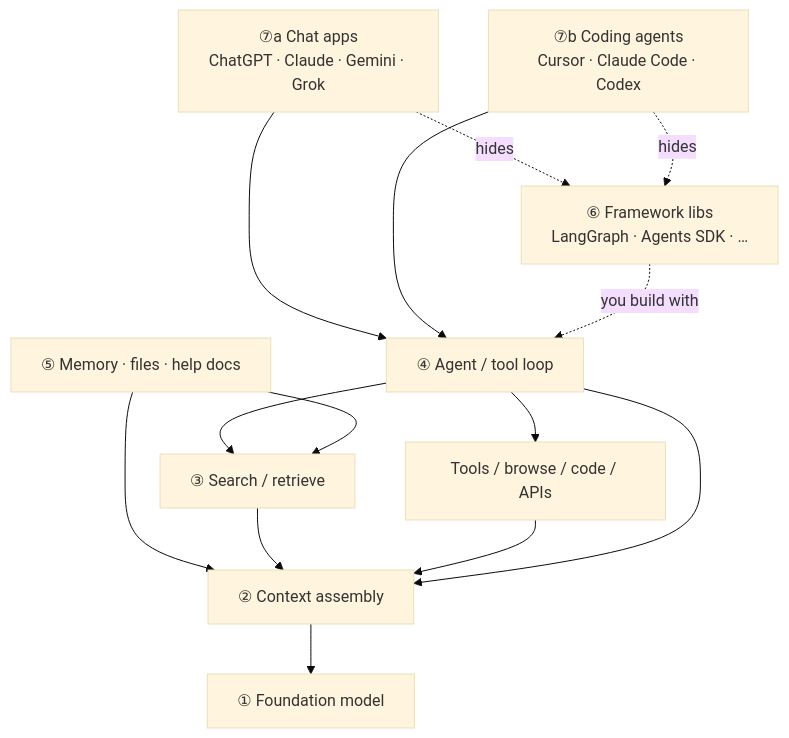
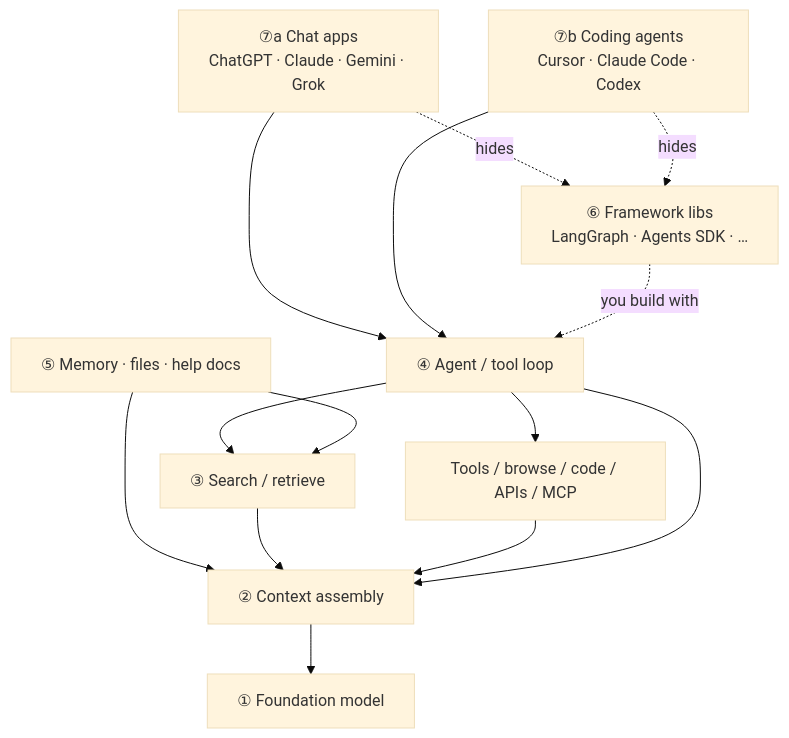
The first of 37 diagrams in LLM/llm.md (cshbli/ML-CV-AI), drawn with Mermaid (base theme) before and after one commit. The commit also changed other lines of this file, not shown here.

Commit message:
update llm.md by adding concept of MCP

````diff
--- a/LLM/llm.md
+++ b/LLM/llm.md
@@ -9,26 +9,26 @@
 ```mermaid
 flowchart TB
     Chat["⑦a Chat apps\nChatGPT · Claude · Gemini · Grok"]
     Code["⑦b Coding agents\nCursor · Claude Code · Codex"]
     FW["⑥ Framework libs\nLangGraph · Agents SDK · …"]
     AG["④ Agent / tool loop"]
-    Tools["Tools / browse / code / APIs"]
+    Tools["Tools / browse / code / APIs / MCP"]
     Wiki["⑤ Memory · files · help docs"]
     RAG["③ Search / retrieve"]
     Ctx["② Context assembly"]
     LLM["① Foundation model"]
 
     Chat --> AG
     Code --> AG
     FW -.->|"you build with"| AG
     Chat -.->|"hides"| FW
     Code -.->|"hides"| FW
     AG --> Tools
     AG --> RAG
     Wiki --> RAG
     Wiki --> Ctx
     RAG --> Ctx
     Tools --> Ctx
     AG --> Ctx
     Ctx --> LLM
 ```
````
